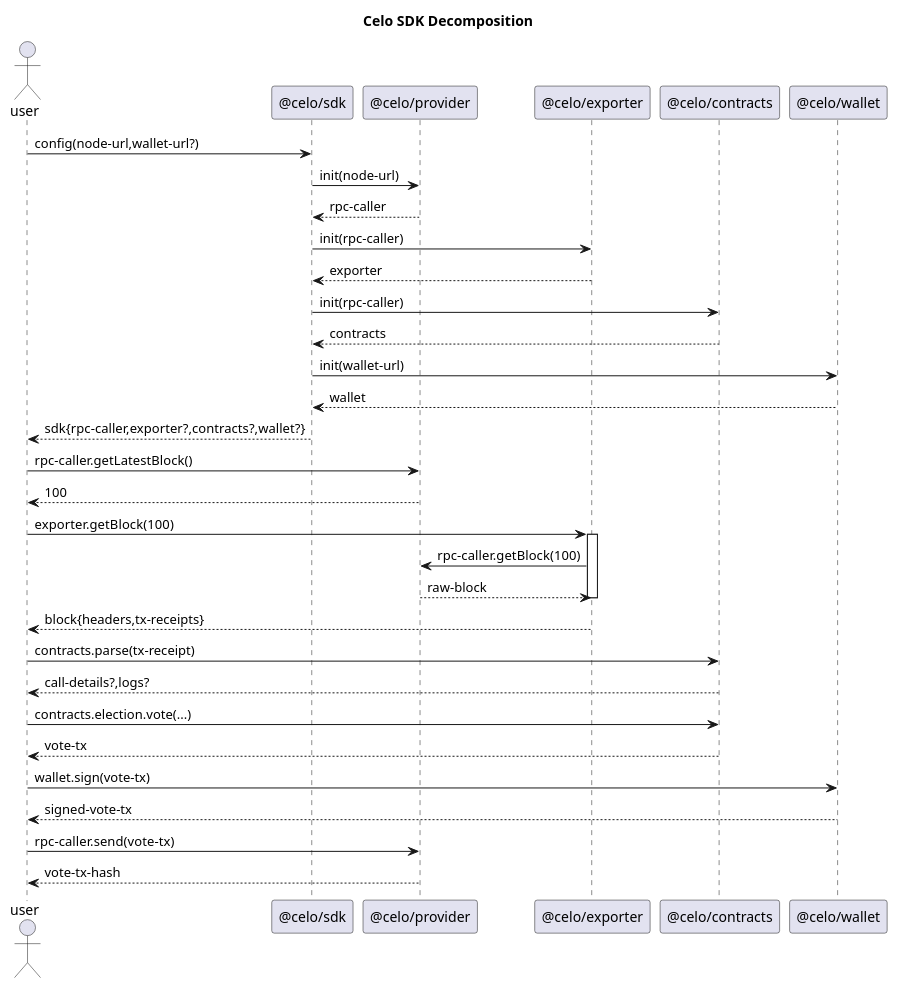
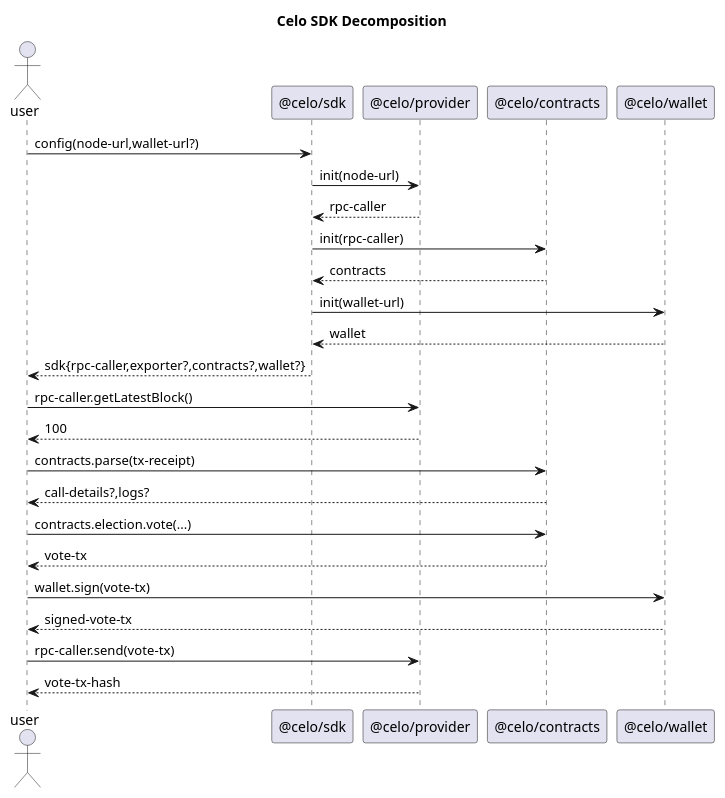
One commit to will7455/celo-monorepo changed the diagram in packages/sdk/composition.puml. Above: the diagram before and after it, drawn with PlantUML. The commit also changed 119 other files, not shown here.

```diff
--- a/packages/sdk/composition.puml
+++ b/packages/sdk/composition.puml
@@ -1,42 +1,32 @@
 title Celo SDK Decomposition
 
 actor user
 
 participant "@celo/sdk"
 participant "@celo/provider"
-participant "@celo/exporter"
 participant "@celo/contracts"
 participant "@celo/wallet"
 
 user->"@celo/sdk":config(node-url,wallet-url?)
 "@celo/sdk"->"@celo/provider":init(node-url)
 "@celo/sdk"<--"@celo/provider":rpc-caller
-"@celo/sdk"->"@celo/exporter":init(rpc-caller)
-"@celo/sdk"<--"@celo/exporter":exporter
 "@celo/sdk"->"@celo/contracts":init(rpc-caller)
 "@celo/sdk"<--"@celo/contracts":contracts
 "@celo/sdk"->"@celo/wallet":init(wallet-url)
 "@celo/sdk"<--"@celo/wallet":wallet
 user<--"@celo/sdk":sdk{rpc-caller,exporter?,contracts?,wallet?}
 
 user->"@celo/provider":rpc-caller.getLatestBlock()
 user<--"@celo/provider":100
-
-user->"@celo/exporter":exporter.getBlock(100)
-activate "@celo/exporter"
-"@celo/exporter"->"@celo/provider":rpc-caller.getBlock(100)
-"@celo/exporter"<--"@celo/provider":raw-block
-deactivate "@celo/exporter"
-user<--"@celo/exporter":block{headers,tx-receipts}
 
 user->"@celo/contracts":contracts.parse(tx-receipt)
 user<--"@celo/contracts":call-details?,logs?
 
 user->"@celo/contracts":contracts.election.vote(...)
 user<--"@celo/contracts":vote-tx
 
 user->"@celo/wallet":wallet.sign(vote-tx)
 user<--"@celo/wallet":signed-vote-tx
 
 user->"@celo/provider":rpc-caller.send(vote-tx)
 user<--"@celo/provider":vote-tx-hash
```
